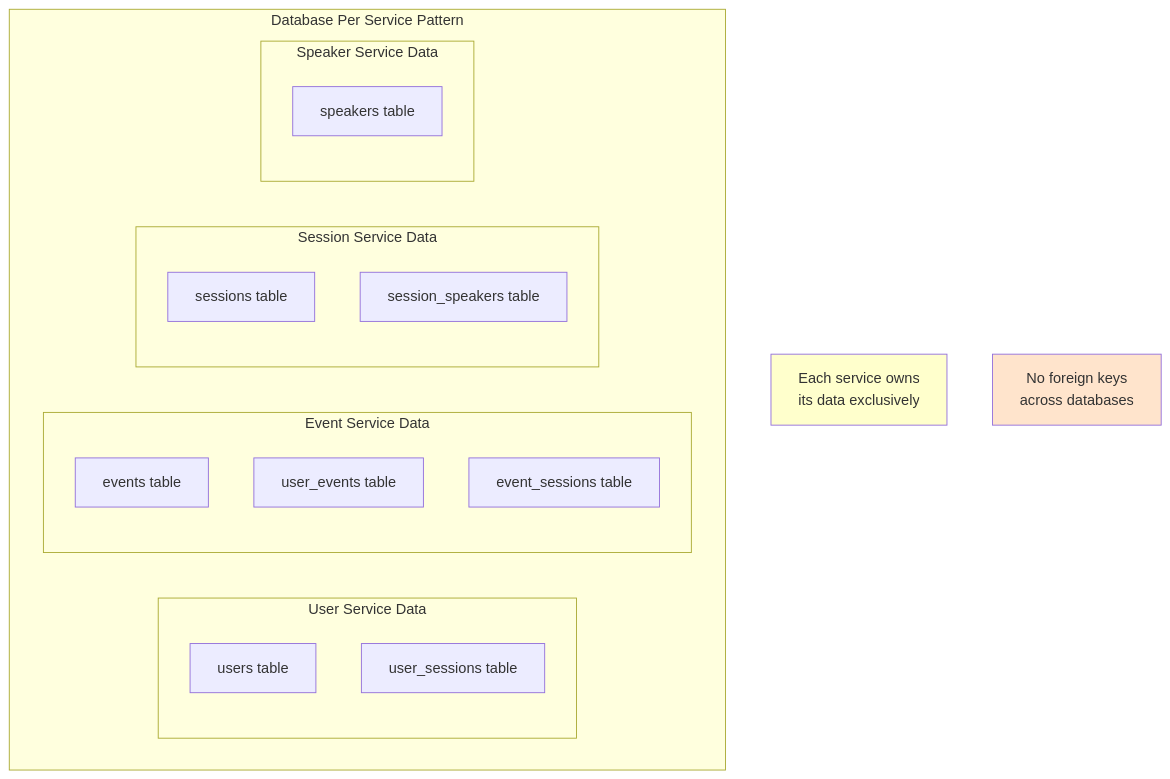
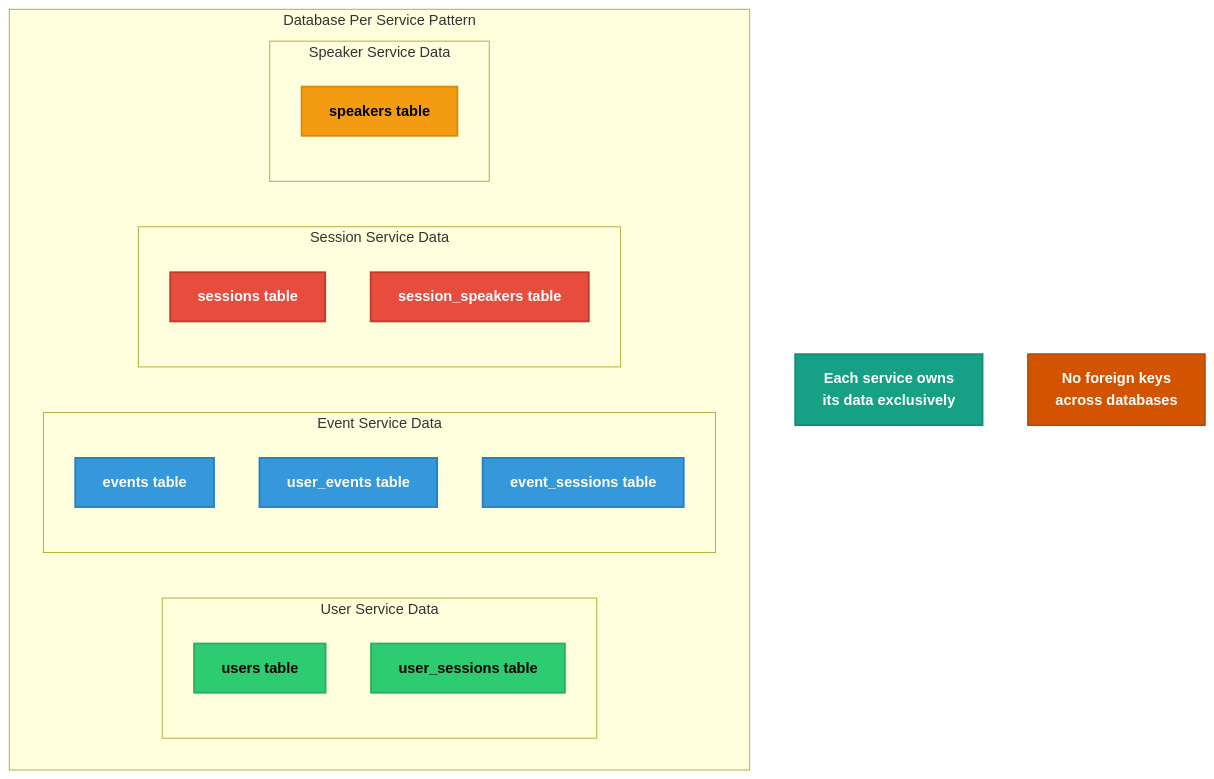
The seventh of 9 diagrams in diagrams/microservices-architecture.md (martimmpr/epicjunior-backend-db-course), drawn with Mermaid before and after one commit. The commit also changed other lines of this file and 3 other files, not shown here.

Commit message:
docs: Improved Diagrams Readability.

````diff
--- a/diagrams/microservices-architecture.md
+++ b/diagrams/microservices-architecture.md
@@ -268,30 +284,38 @@
 ```mermaid
 graph TB
     subgraph "Database Per Service Pattern"
         subgraph "User Service Data"
-            UD1[users table]
-            UD2[user_sessions table]
+            UD1["<b>users table</b>"]
+            UD2["<b>user_sessions table</b>"]
         end
         
         subgraph "Event Service Data"
-            ED1[events table]
-            ED2[user_events table]
-            ED3[event_sessions table]
+            ED1["<b>events table</b>"]
+            ED2["<b>user_events table</b>"]
+            ED3["<b>event_sessions table</b>"]
         end
         
         subgraph "Session Service Data"
-            SD1[sessions table]
-            SD2[session_speakers table]
+            SD1["<b>sessions table</b>"]
+            SD2["<b>session_speakers table</b>"]
         end
         
         subgraph "Speaker Service Data"
-            SpD1[speakers table]
+            SpD1["<b>speakers table</b>"]
         end
     end
     
-    Note1[Each service owns<br/>its data exclusively]
-    Note2[No foreign keys<br/>across databases]
+    Note1["<b>Each service owns<br/>its data exclusively</b>"]
+    Note2["<b>No foreign keys<br/>across databases</b>"]
     
-    style Note1 fill:#FFFFCC
-    style Note2 fill:#FFE4CC
+    style Note1 fill:#16a085,stroke:#138d75,stroke-width:2px,color:#fff
+    style Note2 fill:#d35400,stroke:#ba4a00,stroke-width:2px,color:#fff
+    style UD1 fill:#2ecc71,stroke:#27ae60,stroke-width:2px,color:#000
+    style UD2 fill:#2ecc71,stroke:#27ae60,stroke-width:2px,color:#000
+    style ED1 fill:#3498db,stroke:#2980b9,stroke-width:2px,color:#fff
+    style ED2 fill:#3498db,stroke:#2980b9,stroke-width:2px,color:#fff
+    style ED3 fill:#3498db,stroke:#2980b9,stroke-width:2px,color:#fff
+    style SD1 fill:#e74c3c,stroke:#c0392b,stroke-width:2px,color:#fff
+    style SD2 fill:#e74c3c,stroke:#c0392b,stroke-width:2px,color:#fff
+    style SpD1 fill:#f39c12,stroke:#d68910,stroke-width:2px,color:#000
 ```
````
